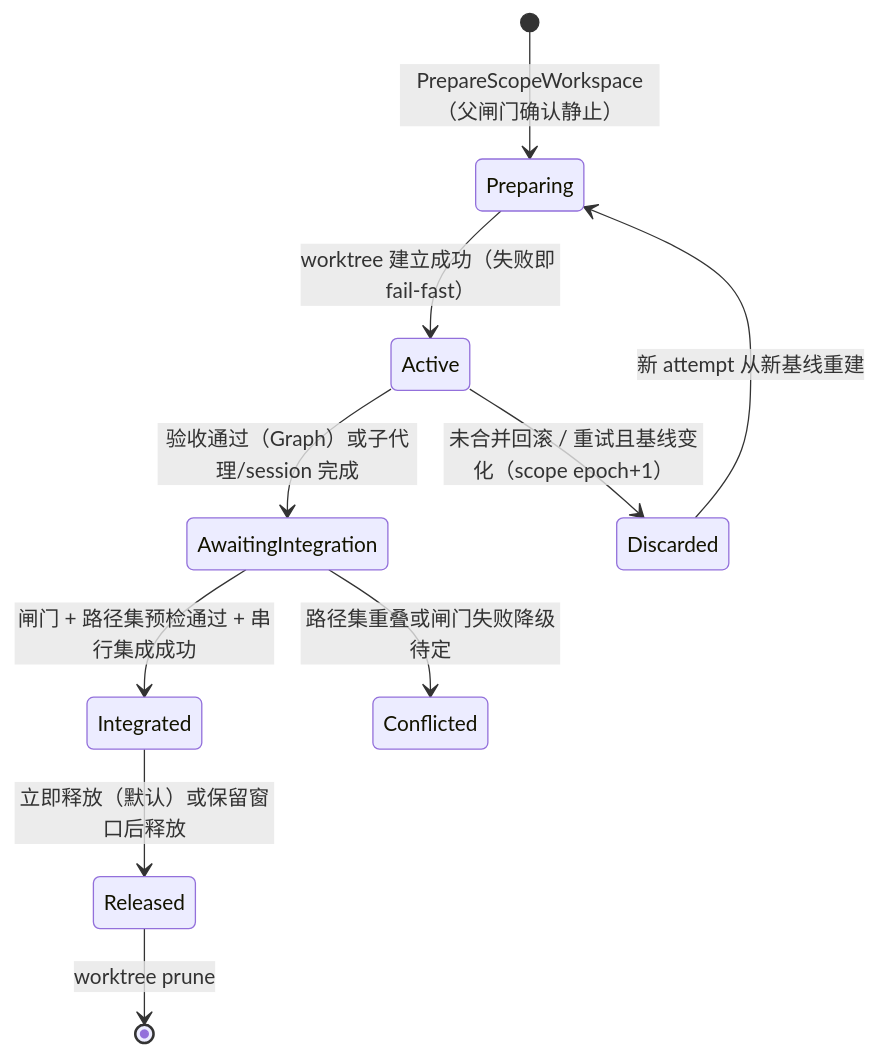
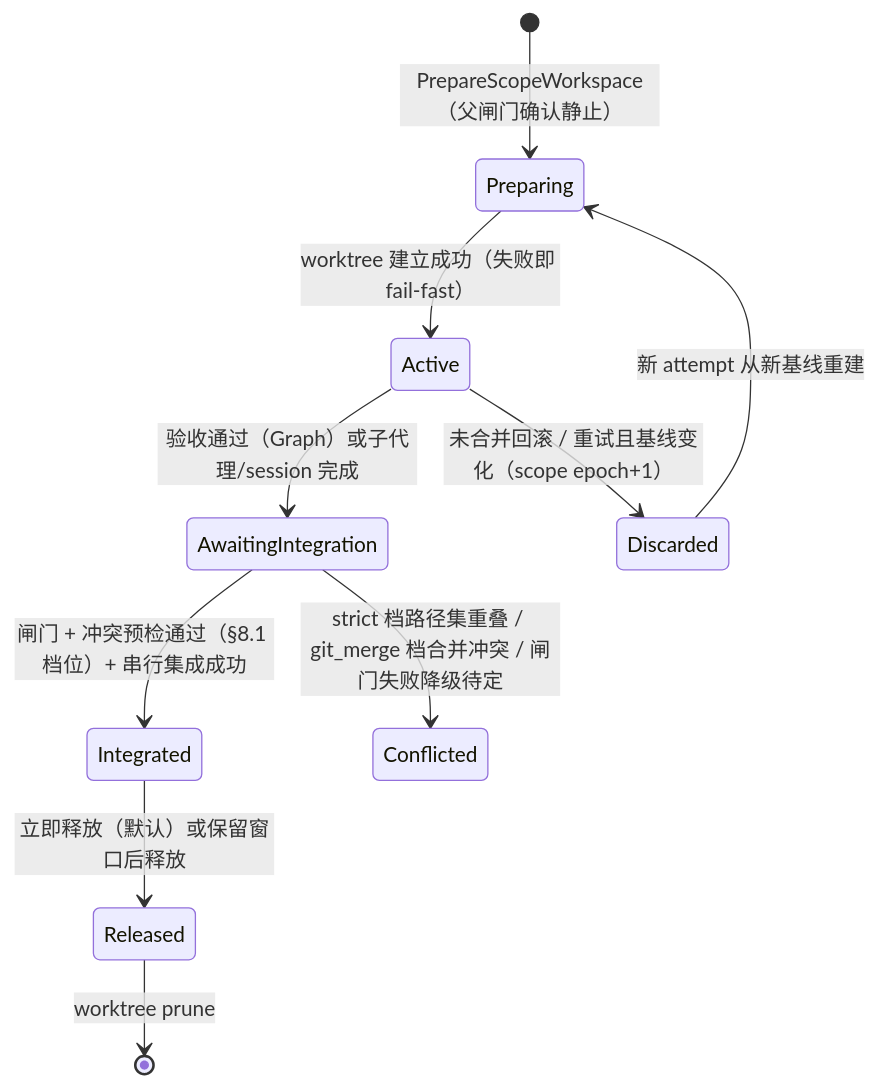
One commit to cywang6/axcor changed the fourth of 6 diagrams in docs/specs/traceback-workspace-rollback.md. Above: the diagram before and after it, drawn with Mermaid. The commit also changed other lines of this file and 2 other files, not shown here.

First line of the commit message:
docs: 冲突检测档位化——默认 git_merge 可合并性为准，strict 保留路径集重叠

````diff
--- a/docs/specs/traceback-workspace-rollback.md
+++ b/docs/specs/traceback-workspace-rollback.md
@@ -273,12 +273,12 @@
 ```mermaid
 stateDiagram-v2
     [*] --> Preparing: PrepareScopeWorkspace（父闸门确认静止）
     Preparing --> Active: worktree 建立成功（失败即 fail-fast）
     Active --> AwaitingIntegration: 验收通过（Graph）或子代理/session 完成
-    AwaitingIntegration --> Integrated: 闸门 + 路径集预检通过 + 串行集成成功
-    AwaitingIntegration --> Conflicted: 路径集重叠或闸门失败降级待定
+    AwaitingIntegration --> Integrated: 闸门 + 冲突预检通过（§8.1 档位）+ 串行集成成功
+    AwaitingIntegration --> Conflicted: strict 档路径集重叠 / git_merge 档合并冲突 / 闸门失败降级待定
     Integrated --> Released: 立即释放（默认）或保留窗口后释放
     Active --> Discarded: 未合并回滚 / 重试且基线变化（scope epoch+1）
     Released --> [*]: worktree prune
     Discarded --> Preparing: 新 attempt 从新基线重建
 ```
````
